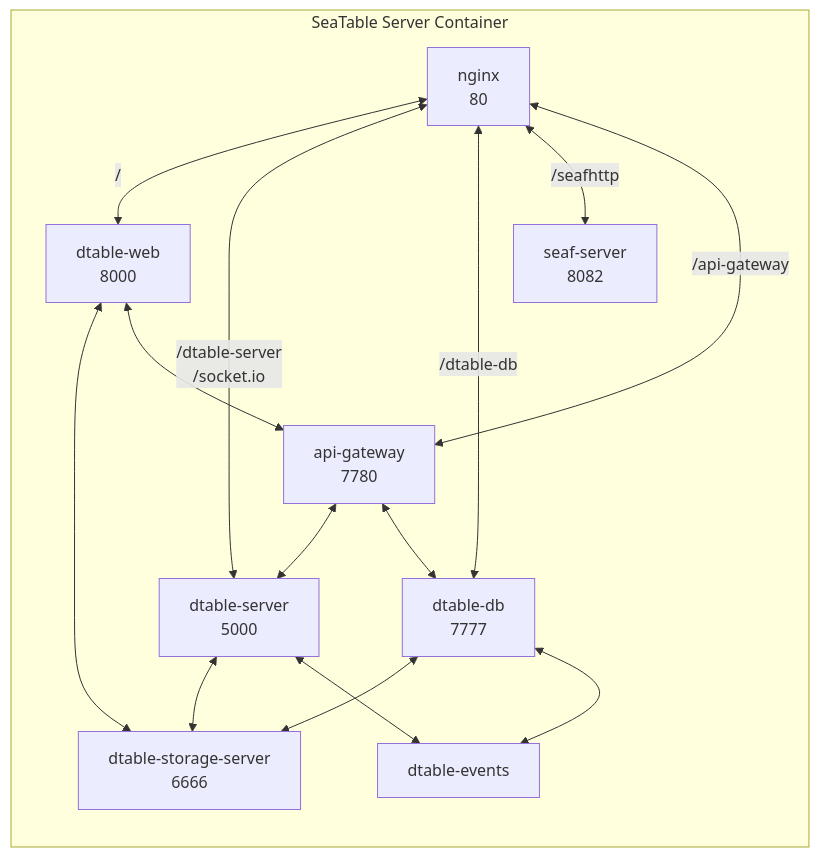
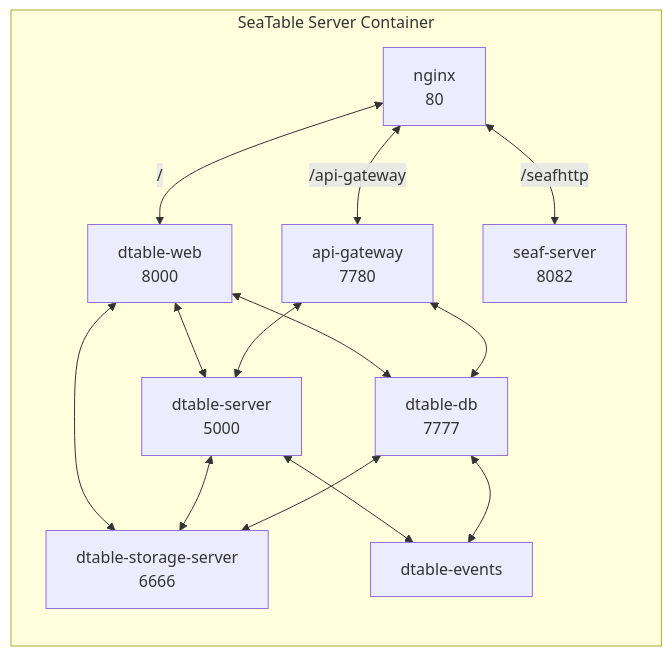
Before and after one commit to seatable/seatable-admin-docs: the second of 2 diagrams in docs/introduction/architecture.md, drawn with Mermaid. The commit also changed other lines of this file, not shown here.

Commit message:
Architecture updated to reflect changes in SeaTable 5.3 (#244)
* Improved and corrected diagram for container seatable-server
* Minor wording improvements in architecture

````diff
--- a/docs/introduction/architecture.md
+++ b/docs/introduction/architecture.md
@@ -44,26 +44,25 @@
 ```mermaid
 flowchart LR
     subgraph s[SeaTable Server Container]
         A[nginx<br/>80]
         B[dtable-web<br/>8000]
         C[dtable-server<br/>5000]
         D[dtable-db<br/>7777]
-        E[seaf-server<br/>8082]
+        E[api-gateway<br/>7780]
+        F[dtable-storage-server<br/>6666]
         G[dtable-events]
-        F[dtable-storage-server<br/>6666]
-        H[api-gateway<br/>7780]
+        H[seaf-server<br/>8082]
         A<-- / -->B
-        A<-- /dtable-server<br/>/socket.io -->C
-        A<-- /dtable-db -->D
-        A<-- /seafhttp -->E
-        A<-- /api-gateway -->H
+        A<-- /api-gateway -->E
+        A<-- /seafhttp -->H
+        B<-->C
+        B<-->D
         B<-->F
+        E<-->C
+        E<-->D
         C<-->F
+        C<-->G
         D<-->F
-        C<-->G
         D<-->G
-        B<-->H
-        H<-->C
-        H<-->D
     end
 ```
````
